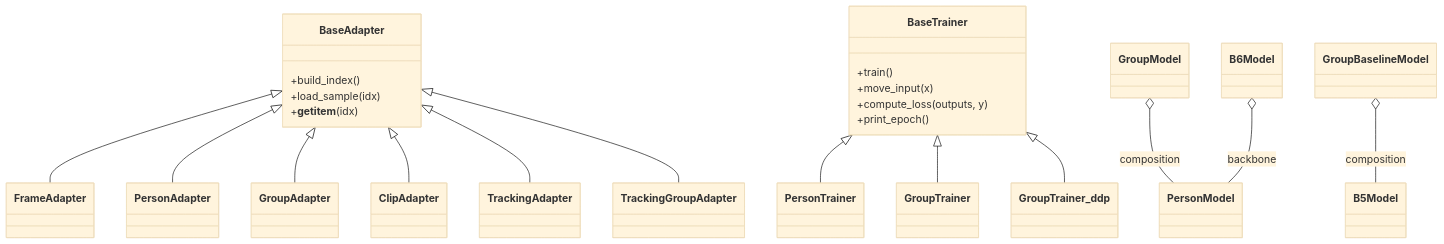
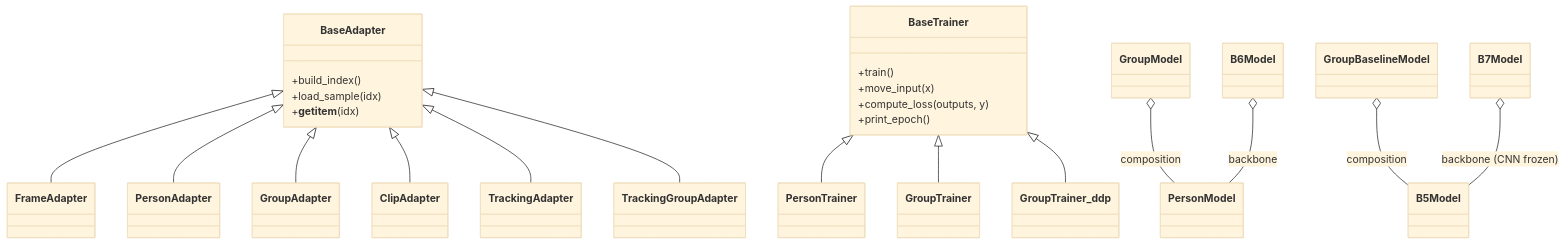
Diagram 25 of 29 in README.md (Abdo-Gamal/volleyball_project), drawn with Mermaid (base theme) before and after one commit. The commit also changed other lines of this file and 2 other files, not shown here.

````diff
--- a/README.md
+++ b/README.md
@@ -901,42 +1116,44 @@
 ```mermaid
 classDiagram
     class BaseAdapter {
         +build_index()
         +load_sample(idx)
         +__getitem__(idx)
     }
     class FrameAdapter
     class PersonAdapter
     class GroupAdapter
     class ClipAdapter
     class TrackingAdapter
     class TrackingGroupAdapter
     BaseAdapter <|-- FrameAdapter
     BaseAdapter <|-- PersonAdapter
     BaseAdapter <|-- GroupAdapter
     BaseAdapter <|-- ClipAdapter
     BaseAdapter <|-- TrackingAdapter
     BaseAdapter <|-- TrackingGroupAdapter
 
     class BaseTrainer {
         +train()
         +move_input(x)
         +compute_loss(outputs, y)
         +print_epoch()
     }
     class PersonTrainer
     class GroupTrainer
     class GroupTrainer_ddp
     BaseTrainer <|-- PersonTrainer
     BaseTrainer <|-- GroupTrainer
     BaseTrainer <|-- GroupTrainer_ddp
 
     class PersonModel
     class GroupModel
     class B5Model
     class GroupBaselineModel
     class B6Model
+    class B7Model
     GroupModel o-- PersonModel : composition
     GroupBaselineModel o-- B5Model : composition
     B6Model o-- PersonModel : backbone
+    B7Model o-- B5Model : backbone (CNN frozen)
 ```
````
